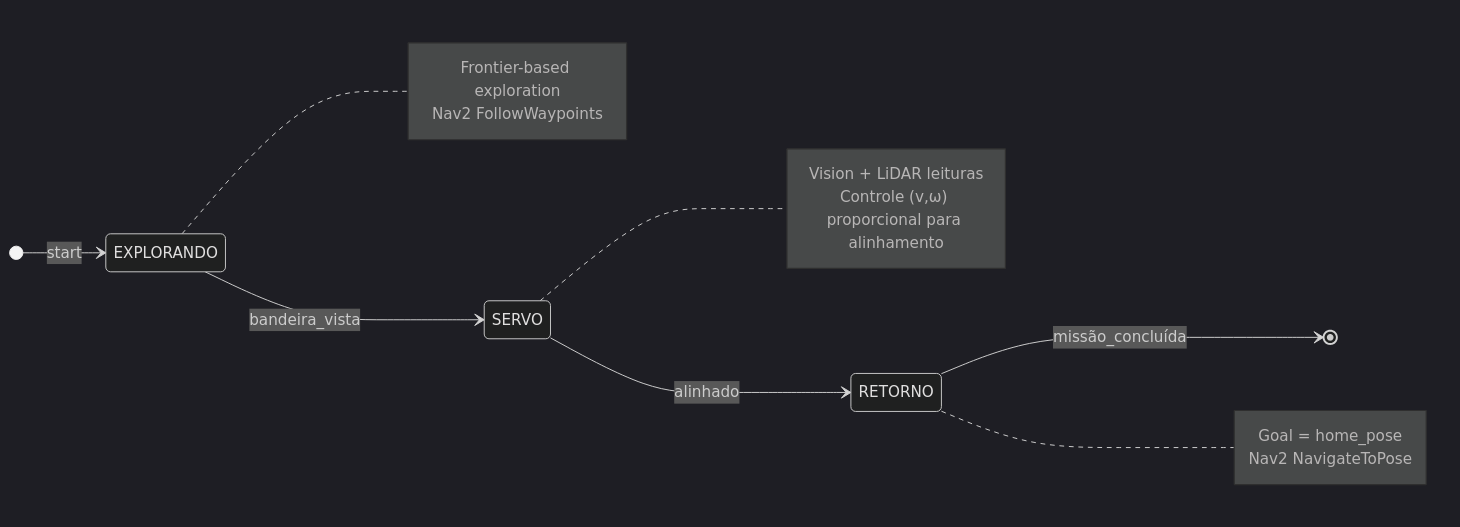
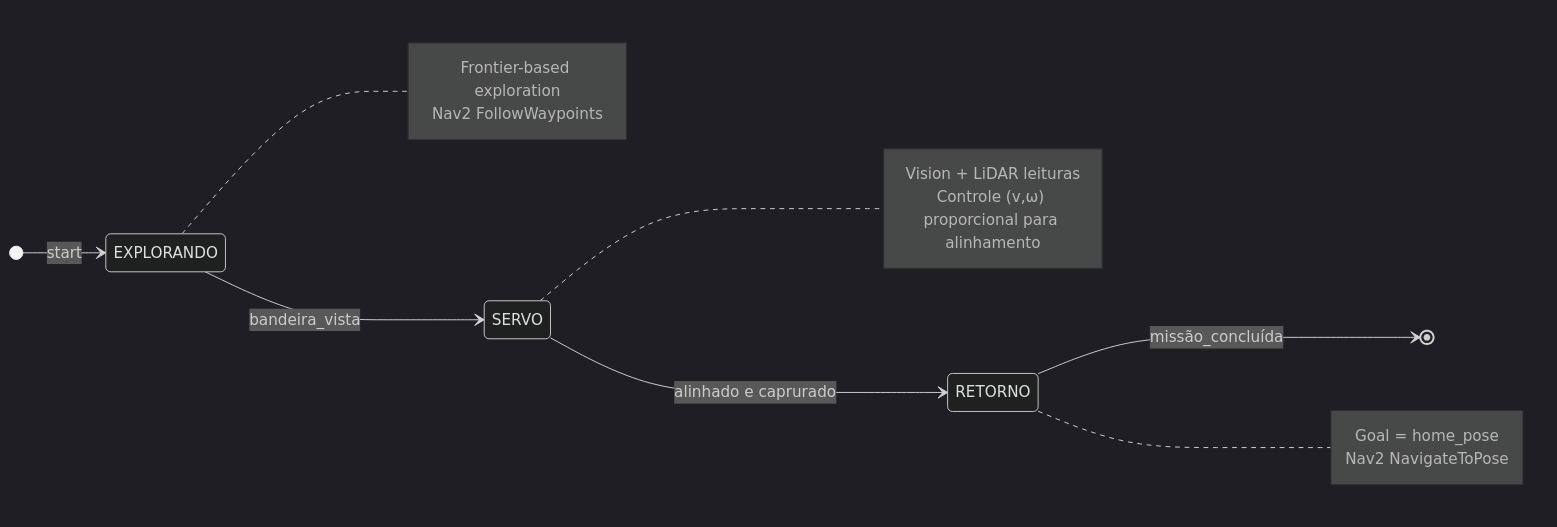
Before and after one commit to ghtormena/prm: the diagram in README.md, drawn with Mermaid (dark theme). The commit also changed other lines of this file, not shown here.

````diff
--- a/README.md
+++ b/README.md
@@ -89,24 +89,24 @@
 ```mermaid
 stateDiagram-v2
     direction LR
     [*] --> EXPLORANDO : start
     EXPLORANDO --> SERVO : bandeira_vista
-    SERVO --> RETORNO : alinhado
+    SERVO --> RETORNO : alinhado e caprurado
     RETORNO --> [*] : missão_concluída
 
     %% Anotações de cada estado
     note right of EXPLORANDO
       Frontier-based exploration
       Nav2 FollowWaypoints
     end note
 
     note right of SERVO
       Vision + LiDAR leituras
       Controle (v,ω) proporcional para alinhamento
     end note
 
     note right of RETORNO
       Goal = home_pose
       Nav2 NavigateToPose
     end note
 ```
````
